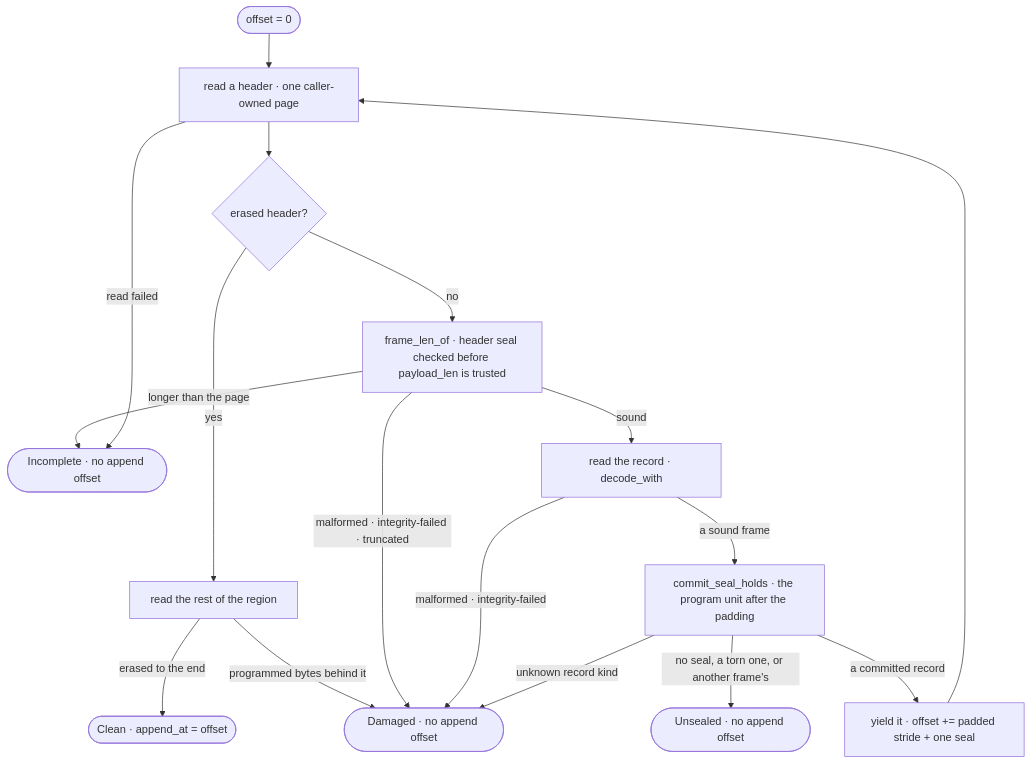
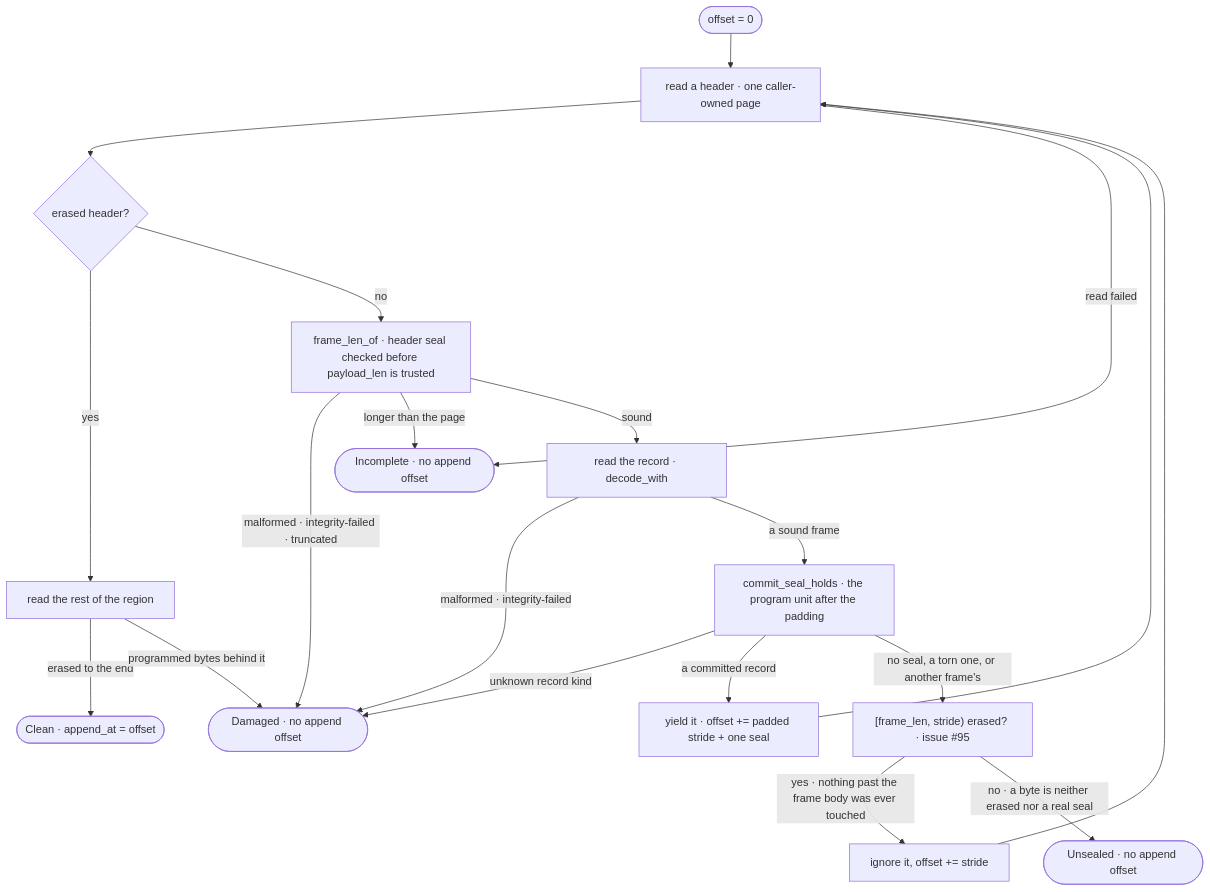
Before and after one commit to madmax983/waymaker: the ninth of 11 diagrams in docs/architecture.md, drawn with Mermaid. The commit also changed other lines of this file and 1 other file, not shown here.

First line of the commit message:
Fix an inaccurate erased-range predicate in the issue #95 prose

````diff
--- a/docs/architecture.md
+++ b/docs/architecture.md
@@ -470,19 +472,22 @@
 ```mermaid
 flowchart TB
   start(["offset = 0"]) --> read["read a header · one caller-owned page"]
   read --> erased{"erased header?"}
   erased -- "yes" --> tail["read the rest of the region"]
   tail -- "erased to the end" --> clean(["Clean · append_at = offset"])
   tail -- "programmed bytes behind it" --> damaged(["Damaged · no append offset"])
   erased -- "no" --> len["frame_len_of · header seal checked before payload_len is trusted"]
   len -- "malformed · integrity-failed · truncated" --> damaged
   len -- "longer than the page" --> incomplete(["Incomplete · no append offset"])
   len -- "sound" --> frame["read the record · decode_with"]
   frame -- "malformed · integrity-failed" --> damaged
   frame -- "a sound frame" --> seal["commit_seal_holds · the program unit after the padding"]
-  seal -- "no seal, a torn one, or another frame's" --> unsealed(["Unsealed · no append offset"])
   seal -- "unknown record kind" --> damaged
   seal -- "a committed record" --> yield["yield it · offset += padded stride + one seal"]
   yield --> read
+  seal -- "no seal, a torn one, or another frame's" --> slot["[frame_len, stride) erased? · issue #95"]
+  slot -- "yes · nothing past the frame body was ever touched" --> ignore["ignore it, offset += stride"]
+  ignore --> read
+  slot -- "no · a byte is neither erased nor a real seal" --> unsealed(["Unsealed · no append offset"])
   read -- "read failed" --> incomplete
 ```
````
